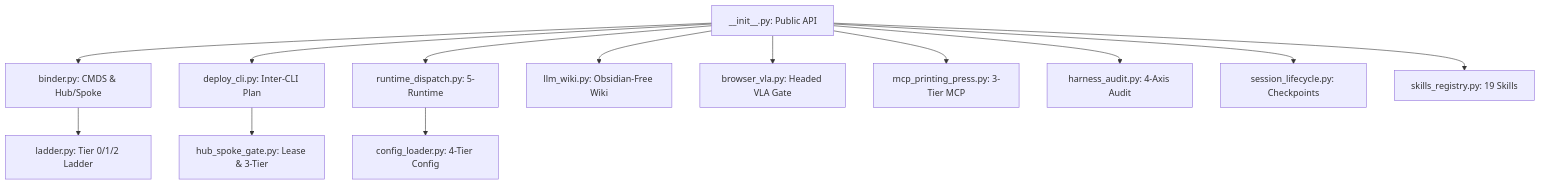
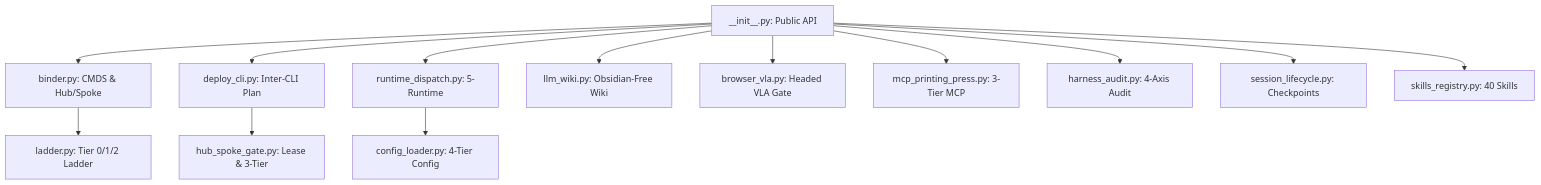
The second of 2 diagrams in docs/architecture/pwos-cockpit-and-5runtime-playbook.md (quamentalabs/patchwork-os), drawn with Mermaid before and after one commit. The commit also changed 54 other files, not shown here.

````diff
--- a/docs/architecture/pwos-cockpit-and-5runtime-playbook.md
+++ b/docs/architecture/pwos-cockpit-and-5runtime-playbook.md
@@ -34,15 +34,15 @@
 ```mermaid
 flowchart TD
   INIT["__init__.py: Public API"] --> BIND["binder.py: CMDS & Hub/Spoke"]
   BIND --> LAD["ladder.py: Tier 0/1/2 Ladder"]
   INIT --> DCLI["deploy_cli.py: Inter-CLI Plan"]
   DCLI --> HSG["hub_spoke_gate.py: Lease & 3-Tier"]
   INIT --> RDSP["runtime_dispatch.py: 5-Runtime"]
   RDSP --> CFG["config_loader.py: 4-Tier Config"]
   INIT --> WIKI["llm_wiki.py: Obsidian-Free Wiki"]
   INIT --> BVLA["browser_vla.py: Headed VLA Gate"]
   INIT --> MCPP["mcp_printing_press.py: 3-Tier MCP"]
   INIT --> HARN["harness_audit.py: 4-Axis Audit"]
   INIT --> SESS["session_lifecycle.py: Checkpoints"]
-  INIT --> SKIL["skills_registry.py: 19 Skills"]
+  INIT --> SKIL["skills_registry.py: 40 Skills"]
 ```
````
